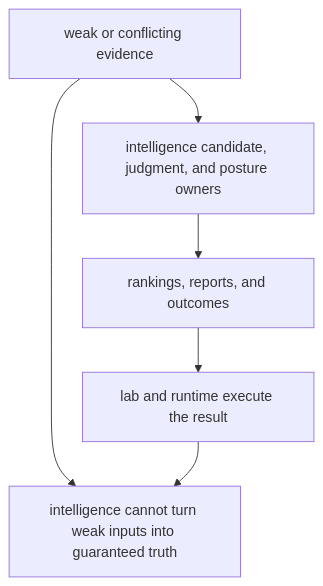
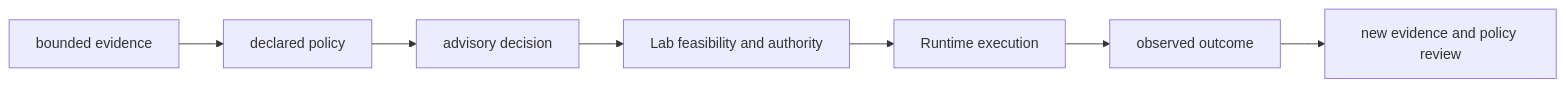
One commit to bijux/bijux-proteomics changed the diagram in docs/05-bijux-proteomics-intelligence/quality/known-limitations.md. Above: the diagram before and after it, drawn with Mermaid. The commit also changed other lines of this file and 2 other files, not shown here.

Commit message:
docs(intelligence): expose decision evidence limits

````diff
--- a/docs/05-bijux-proteomics-intelligence/quality/known-limitations.md
+++ b/docs/05-bijux-proteomics-intelligence/quality/known-limitations.md
@@ -18,14 +31,9 @@
 ```mermaid
-flowchart TB
-    evidence["weak or conflicting evidence"]
-    policy["intelligence candidate, judgment, and posture owners"]
-    outputs["rankings, reports, and outcomes"]
-    execution["lab and runtime execute the result"]
-    limit["intelligence cannot turn weak inputs into guaranteed truth"]
-
-    evidence --> policy
-    policy --> outputs
-    outputs --> execution
-    evidence --> limit
-    execution --> limit
+flowchart LR
+    E["bounded evidence"] --> P["declared policy"]
+    P --> D["advisory decision"]
+    D --> L["Lab feasibility and authority"]
+    L --> R["Runtime execution"]
+    R --> O["observed outcome"]
+    O --> N["new evidence and policy review"]
 ```
````
